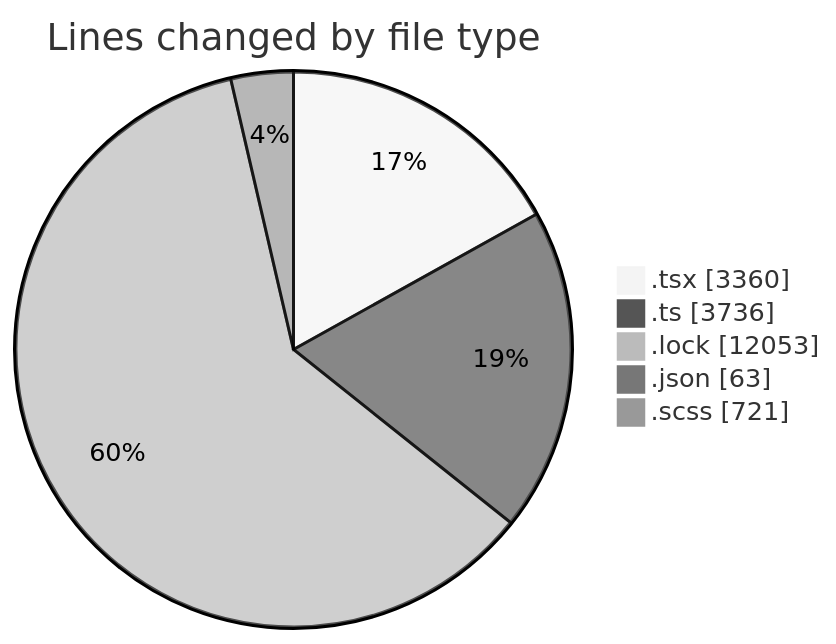
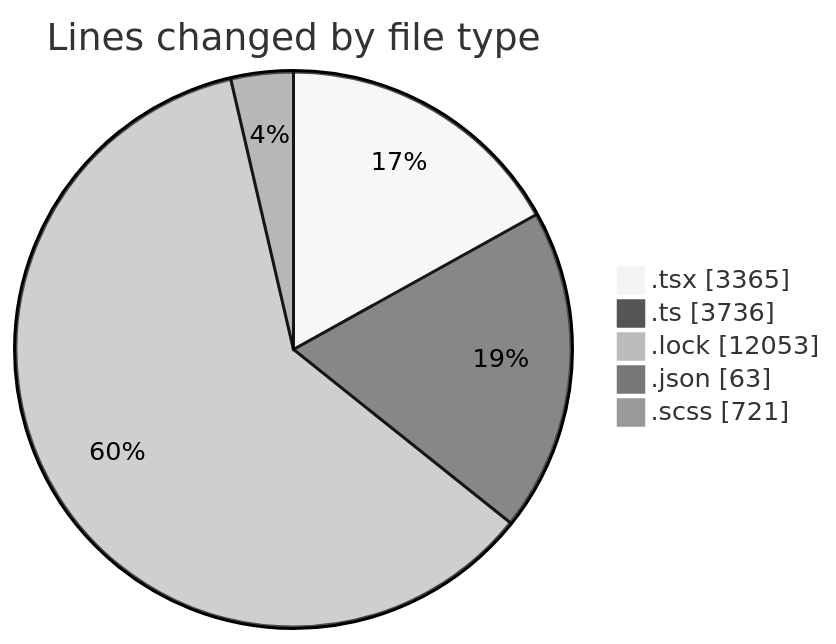
One commit to momahboobian/code-tracking changed the first of 2 diagrams in 2025-12-03/cda/README.md. Above: the diagram before and after it, drawn with Mermaid (neutral theme). The commit also changed other lines of this file and 1 other file, not shown here.

````diff
--- a/2025-12-03/cda/README.md
+++ b/2025-12-03/cda/README.md
@@ -32,9 +32,9 @@
 ```mermaid
 pie showData
 title Lines changed by file type
-".tsx" : 3360
+".tsx" : 3365
 ".ts" : 3736
 ".lock" : 12053
 ".json" : 63
 ".scss" : 721
 ```
````
